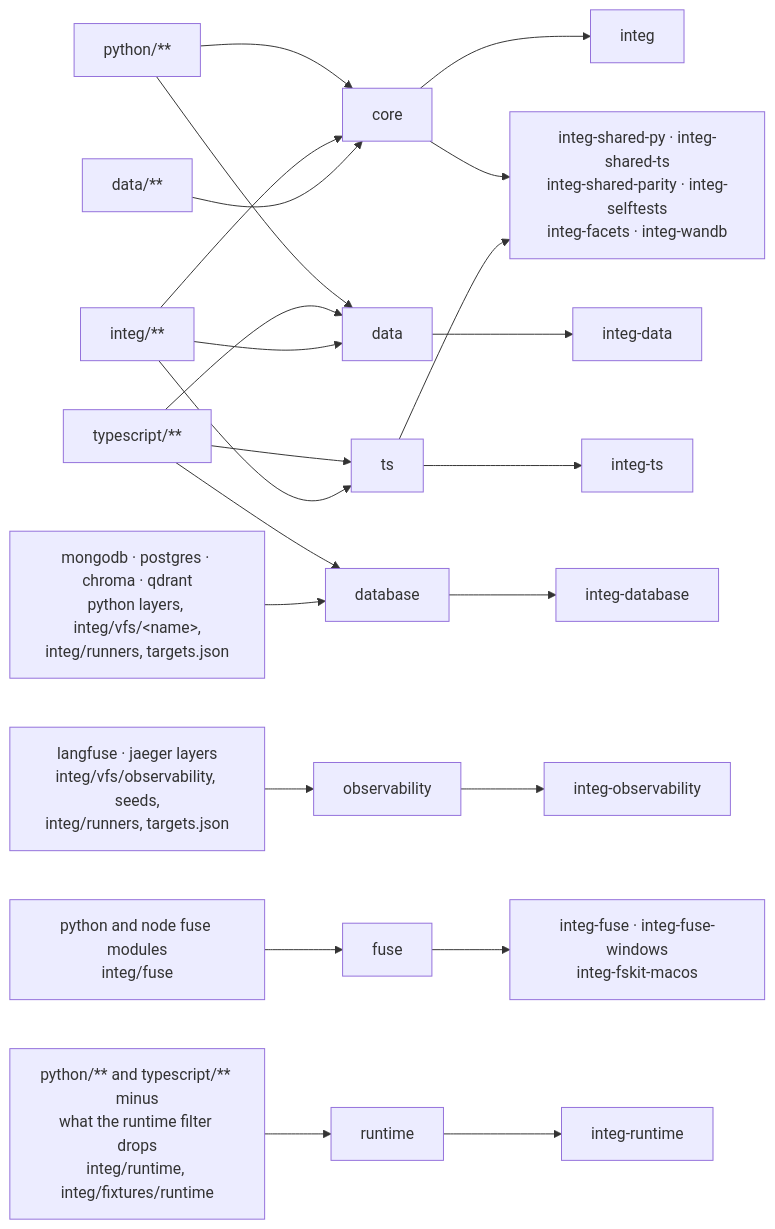
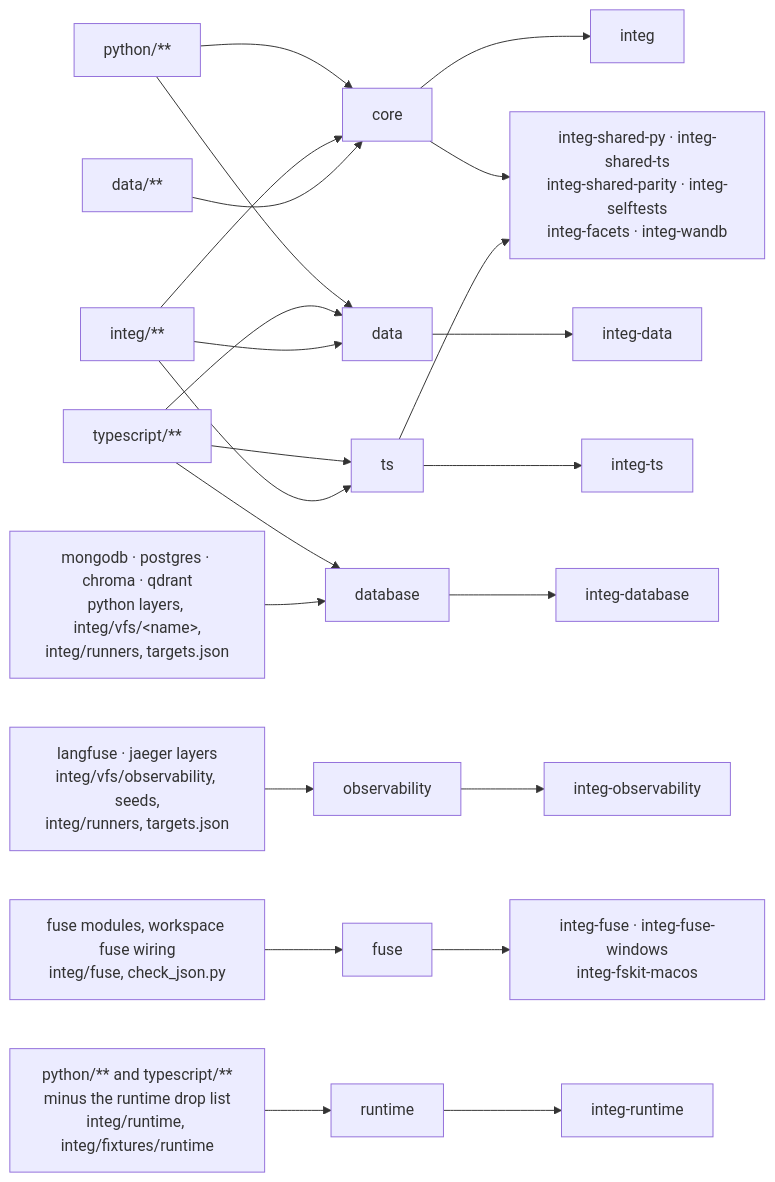
Before and after one commit to C1-BA-B1-F3/mirage: the diagram in integ/README.md, drawn with Mermaid. The commit also changed other lines of this file and 1 other file, not shown here.

First line of the commit message:
ci(integ): drop only modules integ-runtime cannot import

````diff
--- a/integ/README.md
+++ b/integ/README.md
@@ -83,19 +83,19 @@
 ```mermaid
 flowchart LR
     PY["python/**"] --> core & data
     TSX["typescript/**"] --> ts & data & database
     IN["integ/**"] --> core & ts & data
     D["data/**"] --> core
     DB["mongodb · postgres · chroma · qdrant<br/>python layers, integ/vfs/&lt;name&gt;,<br/>integ/runners, targets.json"] --> database
     OB["langfuse · jaeger layers<br/>integ/vfs/observability, seeds,<br/>integ/runners, targets.json"] --> observability
-    FS["python and node fuse modules<br/>integ/fuse"] --> fuse
-    RT["python/** and typescript/** minus<br/>what the runtime filter drops<br/>integ/runtime, integ/fixtures/runtime"] --> runtime
+    FS["fuse modules, workspace fuse wiring<br/>integ/fuse, check_json.py"] --> fuse
+    RT["python/** and typescript/**<br/>minus the runtime drop list<br/>integ/runtime, integ/fixtures/runtime"] --> runtime
     core --> J1["integ"]
     ts --> J2["integ-ts"]
     core & ts --> J3["integ-shared-py · integ-shared-ts<br/>integ-shared-parity · integ-selftests<br/>integ-facets · integ-wandb"]
     data --> J4["integ-data"]
     database --> J5["integ-database"]
     observability --> J6["integ-observability"]
     fuse --> J7["integ-fuse · integ-fuse-windows<br/>integ-fskit-macos"]
     runtime --> J8["integ-runtime"]
 ```
````
